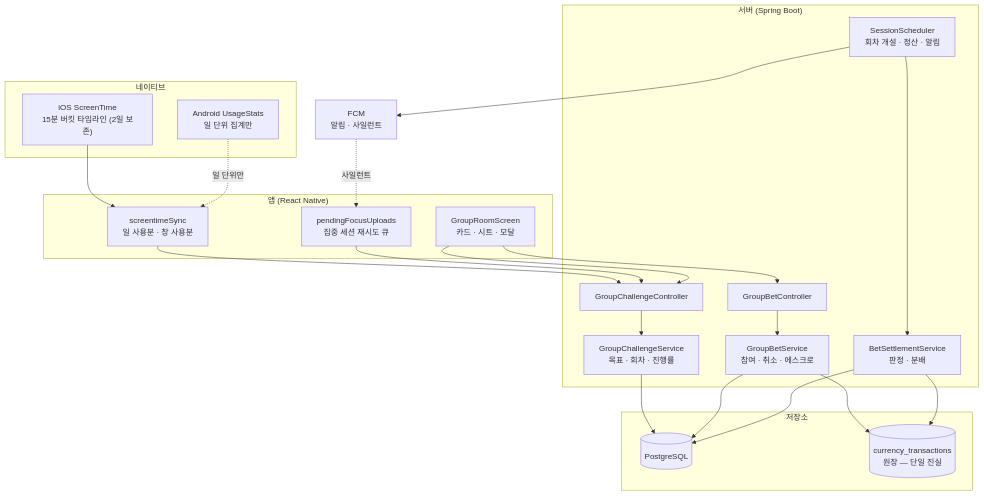
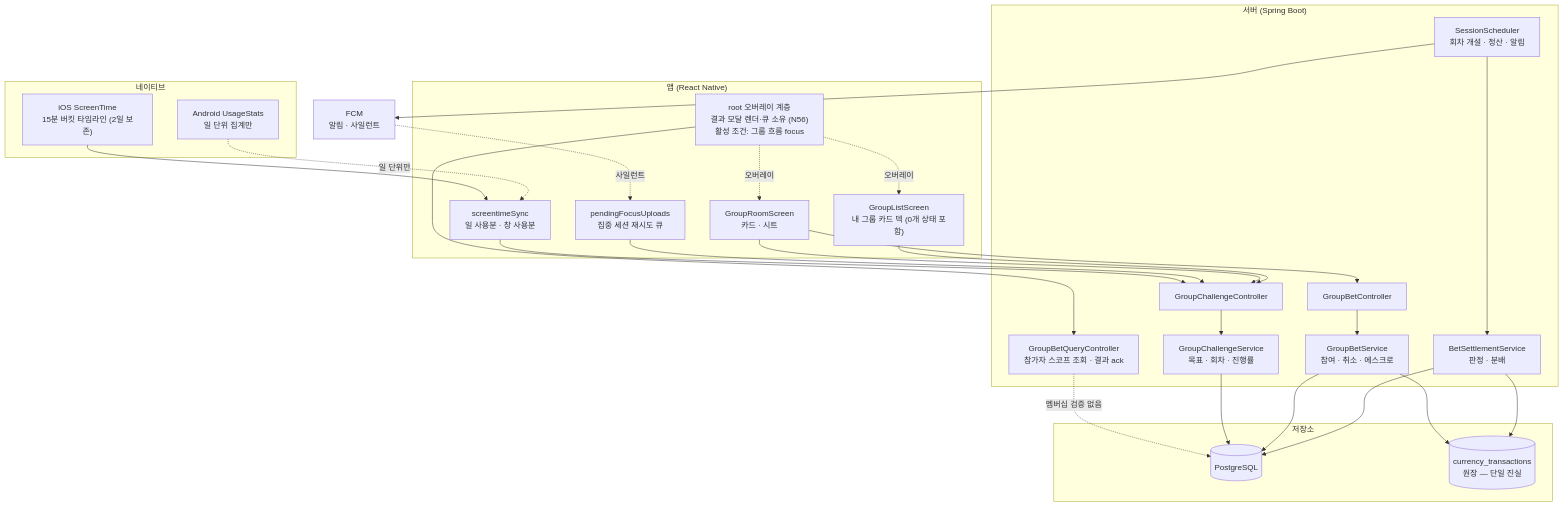
Before and after one commit to OneOrThree/phone: the first of 13 diagrams in docs/prd/challenge/high-level-design.md, drawn with Mermaid. The commit also changed other lines of this file and 8 other files, not shown here.

````diff
--- a/docs/prd/challenge/high-level-design.md
+++ b/docs/prd/challenge/high-level-design.md
@@ -14,38 +14,45 @@
 ```mermaid
 flowchart TB
     subgraph app["앱 (React Native)"]
-        A1["GroupRoomScreen<br/>카드 · 시트 · 모달"]
+        A1["GroupRoomScreen<br/>카드 · 시트"]
+        A4["GroupListScreen<br/>내 그룹 카드 덱 (0개 상태 포함)"]
+        A0["root 오버레이 계층<br/>결과 모달 렌더·큐 소유 (N56)<br/>활성 조건: 그룹 흐름 focus"]
         A2["screentimeSync<br/>일 사용분 · 창 사용분"]
         A3["pendingFocusUploads<br/>집중 세션 재시도 큐"]
     end
     subgraph native["네이티브"]
         N1["iOS ScreenTime<br/>15분 버킷 타임라인 (2일 보존)"]
         N2["Android UsageStats<br/>일 단위 집계만"]
     end
     subgraph server["서버 (Spring Boot)"]
         S1["GroupChallengeController"]
         S2["GroupBetController"]
+        S7["GroupBetQueryController<br/>참가자 스코프 조회 · 결과 ack"]
         S3["GroupChallengeService<br/>목표 · 회차 · 진행률"]
         S4["GroupBetService<br/>참여 · 취소 · 에스크로"]
         S5["BetSettlementService<br/>판정 · 분배"]
         S6["SessionScheduler<br/>회차 개설 · 정산 · 알림"]
     end
     subgraph store["저장소"]
         DB[("PostgreSQL")]
         LEDGER[("currency_transactions<br/>원장 — 단일 진실")]
     end
     FCM["FCM<br/>알림 · 사일런트"]
 
     N1 --> A2
     N2 -.일 단위만.-> A2
     A2 --> S1
     A3 --> S1
     A1 --> S1 & S2
+    A4 --> S1
+    A0 --> S7
+    A0 -.오버레이.-> A1 & A4
     S1 --> S3
     S2 --> S4
+    S7 -.멤버십 검증 없음.-> DB
     S3 & S4 & S5 --> DB
     S4 & S5 --> LEDGER
     S6 --> S5
     S6 --> FCM
     FCM -.사일런트.-> A3
 ```
````
